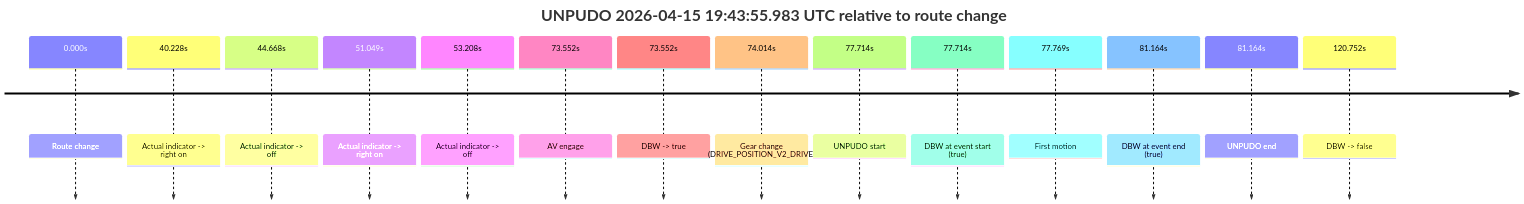
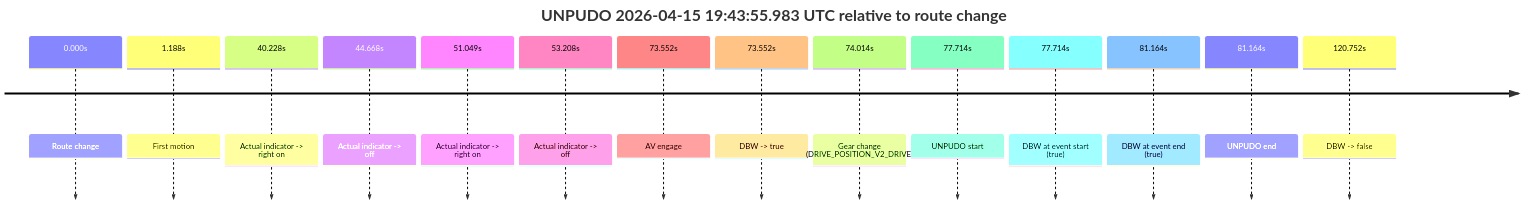
The fifth of 12 diagrams in model_analysis/report_cards/2026/04/Week-3/fme10010--2026-04-15--19-10-20--gen2-av-cd9496c5-ad6e-4dc5-a227-8d9a06b3e089.md (yoelshapiro/vault), drawn with Mermaid before and after one commit. The commit also changed other lines of this file and 41 other files, not shown here.

````diff
--- a/model_analysis/report_cards/2026/04/Week-3/fme10010--2026-04-15--19-10-20--gen2-av-cd9496c5-ad6e-4dc5-a227-8d9a06b3e089.md
+++ b/model_analysis/report_cards/2026/04/Week-3/fme10010--2026-04-15--19-10-20--gen2-av-cd9496c5-ad6e-4dc5-a227-8d9a06b3e089.md
@@ -247,18 +449,18 @@
 ```mermaid
 timeline
     title UNPUDO 2026-04-15 19:43:55.983 UTC relative to route change
     0.000s : Route change
+    1.188s : First motion
     40.228s : Actual indicator -> right on
     44.668s : Actual indicator -> off
     51.049s : Actual indicator -> right on
     53.208s : Actual indicator -> off
     73.552s : AV engage
     73.552s : DBW -> true
     74.014s : Gear change (DRIVE_POSITION_V2_DRIVE)
     77.714s : UNPUDO start
     77.714s : DBW at event start (true)
-    77.769s : First motion
     81.164s : DBW at event end (true)
     81.164s : UNPUDO end
     120.752s : DBW -> false
 ```
````
